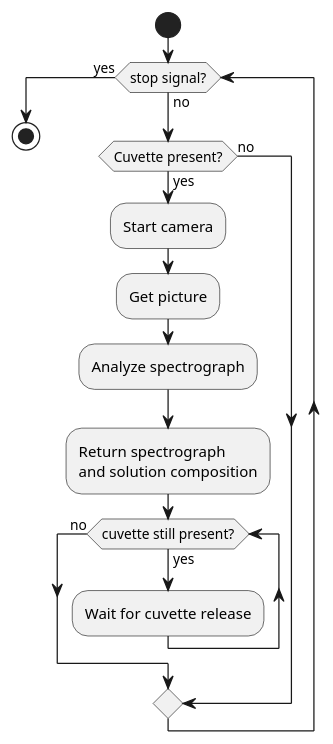
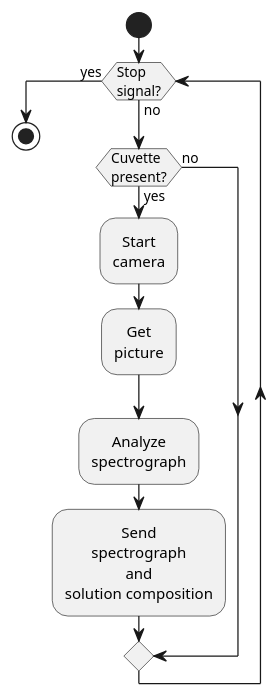
One commit to rantonet/raspiscope-python changed the diagram in diagrams/overallActivity.plantuml. Above: the diagram before and after it, drawn with PlantUML. The commit also changed 8 other files, not shown here.

```diff
--- a/diagrams/overallActivity.plantuml
+++ b/diagrams/overallActivity.plantuml
@@ -1,16 +1,16 @@
 @startuml Spectrometer activity flow
+<style>
+element{ HorizontalAlignment:center; }
+</style>
 start
-while (stop signal?) is (no)
-    if (Cuvette present?) then (yes)
-        :Start camera;
-        :Get picture;
-        :Analyze spectrograph;
-        :Return spectrograph\nand solution composition;
-        while (cuvette still present?) is (yes)
-            :Wait for cuvette release;
-        endwhile (no)
+while (Stop\nsignal?) is (no)
+    if (Cuvette\npresent?) then (yes)
+        :Start\ncamera;
+        :Get\npicture;
+        :Analyze\nspectrograph;
+        :Send\nspectrograph\nand\nsolution composition;
     else (no)
     endif
 endwhile (yes)
 stop
 @enduml
```
